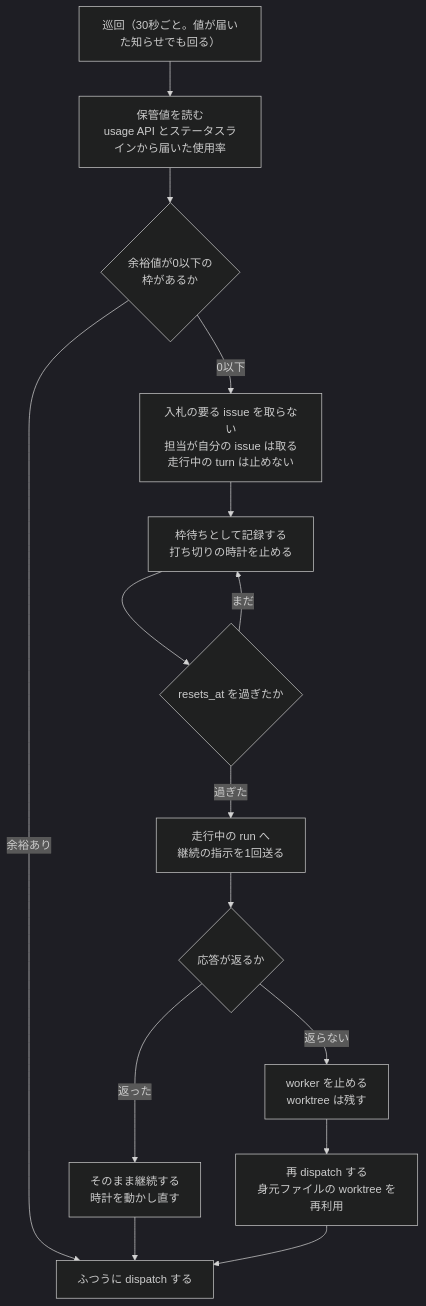
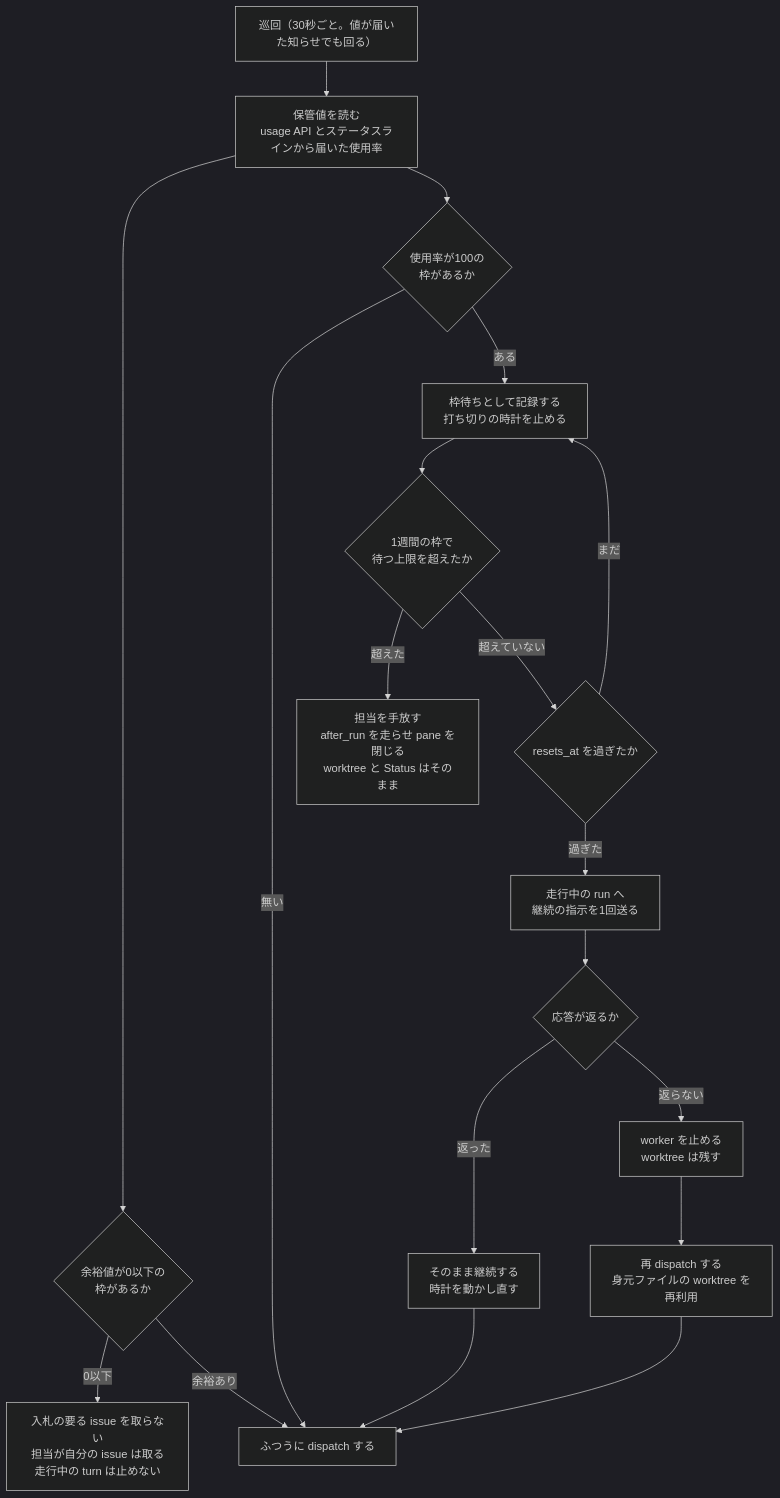
Before and after one commit to maimuzo/continuo: the fourth of 4 diagrams in docs/plans/continuo_design_slim.md, drawn with Mermaid (dark theme). The commit also changed other lines of this file and 24 other files, not shown here.

````diff
--- a/docs/plans/continuo_design_slim.md
+++ b/docs/plans/continuo_design_slim.md
@@ -404,20 +404,24 @@
 ```mermaid
 flowchart TB
     poll["巡回（30秒ごと。値が届いた知らせでも回る）"] --> usage["保管値を読む<br/>usage API とステータスラインから届いた使用率"]
     usage --> over{"余裕値が0以下の<br/>枠があるか"}
     over -->|"0以下"| stop["入札の要る issue を取らない<br/>担当が自分の issue は取る<br/>走行中の turn は止めない"]
     over -->|"余裕あり"| normal["ふつうに dispatch する"]
 
-    stop --> waiting["枠待ちとして記録する<br/>打ち切りの時計を止める"]
-    waiting --> reset{"resets_at を過ぎたか"}
+    usage --> full{"使用率が100の<br/>枠があるか"}
+    full -->|"無い"| normal
+    full -->|"ある"| waiting["枠待ちとして記録する<br/>打ち切りの時計を止める"]
+    waiting --> limit{"1週間の枠で<br/>待つ上限を超えたか"}
+    limit -->|"超えた"| letgo["担当を手放す<br/>after_run を走らせ pane を閉じる<br/>worktree と Status はそのまま"]
+    limit -->|"超えていない"| reset{"resets_at を過ぎたか"}
     reset -->|"まだ"| waiting
     reset -->|"過ぎた"| probe["走行中の run へ<br/>継続の指示を1回送る"]
 
     probe --> resp{"応答が返るか"}
     resp -->|"返った"| resume["そのまま継続する<br/>時計を動かし直す"]
     resp -->|"返らない"| kill["worker を止める<br/>worktree は残す"]
     kill --> redispatch["再 dispatch する<br/>身元ファイルの worktree を再利用"]
 
     resume --> normal
     redispatch --> normal
 ```
````
